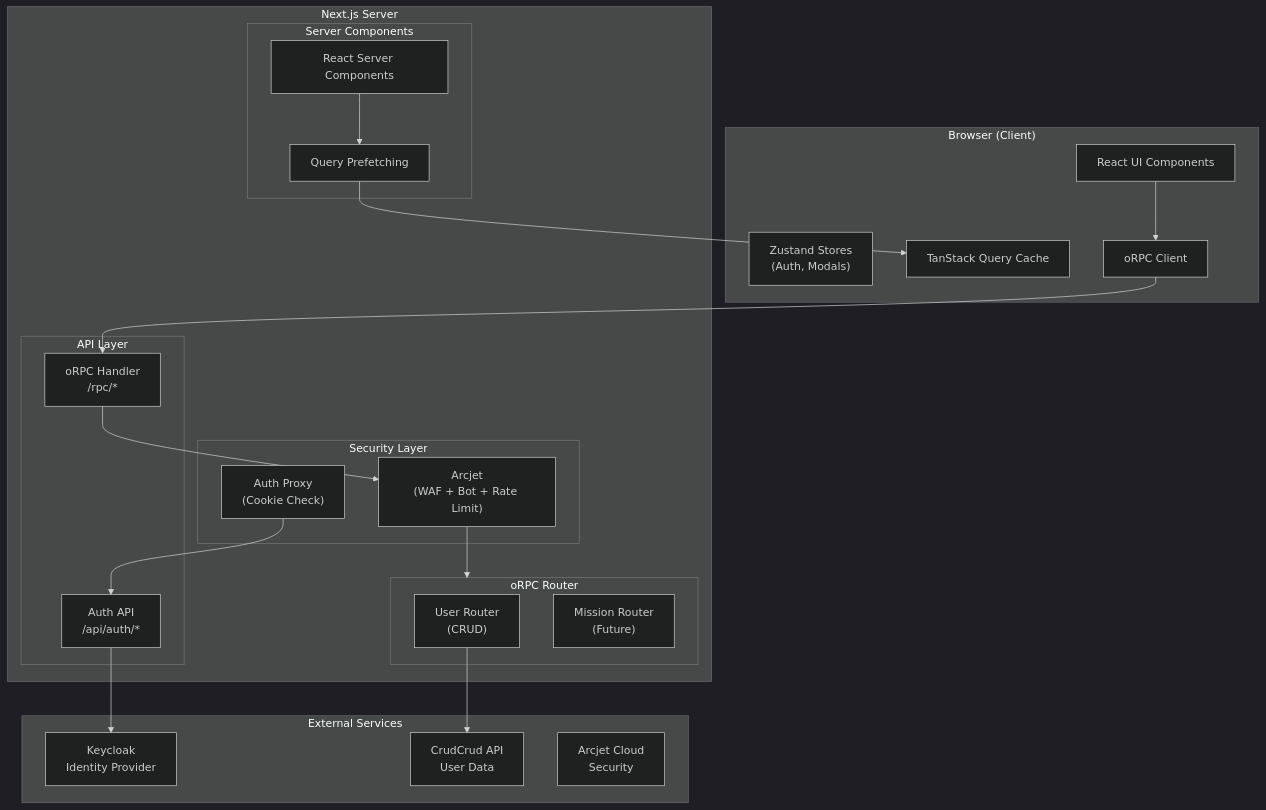
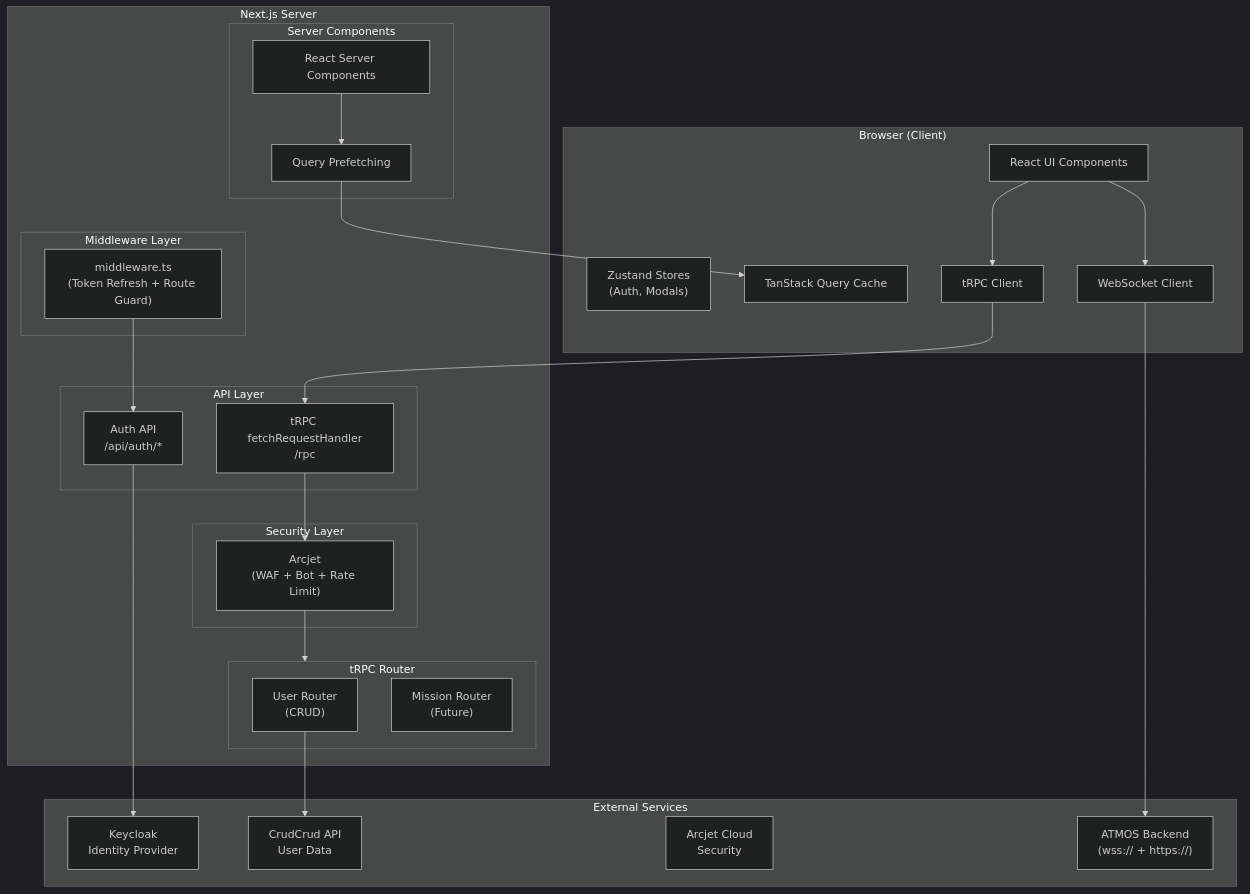
The diagram in docs/architecture/system-design.md (flyingheart1997/antaris-demo), drawn with Mermaid (dark theme) before and after one commit. The commit also changed other lines of this file and 57 other files, not shown here.

Commit message:
improve project architecture

````diff
--- a/docs/architecture/system-design.md
+++ b/docs/architecture/system-design.md
@@ -5,47 +5,54 @@
 ```mermaid
 graph TB
     subgraph Browser["Browser (Client)"]
         UI["React UI Components"]
         ZS["Zustand Stores<br/>(Auth, Modals)"]
         TQ["TanStack Query Cache"]
-        ORPC_C["oRPC Client"]
+        TRPC_C["tRPC Client"]
+        WS["WebSocket Client"]
     end
 
     subgraph NextJS["Next.js Server"]
         subgraph SSR["Server Components"]
             RSC["React Server Components"]
             Prefetch["Query Prefetching"]
         end
 
+        subgraph MW["Middleware Layer"]
+            NMW["middleware.ts<br/>(Token Refresh + Route Guard)"]
+        end
+
         subgraph API["API Layer"]
-            RPC["oRPC Handler<br/>/rpc/*"]
+            RPC["tRPC fetchRequestHandler<br/>/rpc"]
             AUTH["Auth API<br/>/api/auth/*"]
         end
 
-        subgraph Middleware["Security Layer"]
+        subgraph Security["Security Layer"]
             Arcjet["Arcjet<br/>(WAF + Bot + Rate Limit)"]
-            Proxy["Auth Proxy<br/>(Cookie Check)"]
         end
 
-        subgraph Router["oRPC Router"]
+        subgraph Router["tRPC Router"]
             UserRouter["User Router<br/>(CRUD)"]
             MissionRouter["Mission Router<br/>(Future)"]
         end
     end
 
     subgraph External["External Services"]
         KC["Keycloak<br/>Identity Provider"]
         CRUD["CrudCrud API<br/>User Data"]
         AJ["Arcjet Cloud<br/>Security"]
+        ATMOS["ATMOS Backend<br/>(wss:// + https://)"]
     end
 
-    UI --> ORPC_C
-    ORPC_C --> RPC
+    UI --> TRPC_C
+    UI --> WS
+    TRPC_C --> RPC
     RPC --> Arcjet
     Arcjet --> Router
     UserRouter --> CRUD
     AUTH --> KC
     RSC --> Prefetch
     Prefetch --> TQ
-    Proxy --> AUTH
+    NMW --> AUTH
+    WS --> ATMOS
 ```
````
